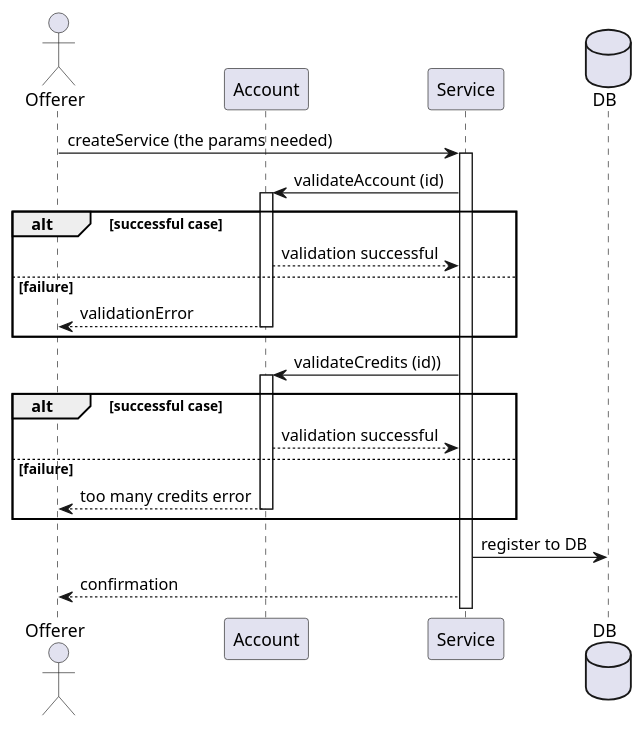
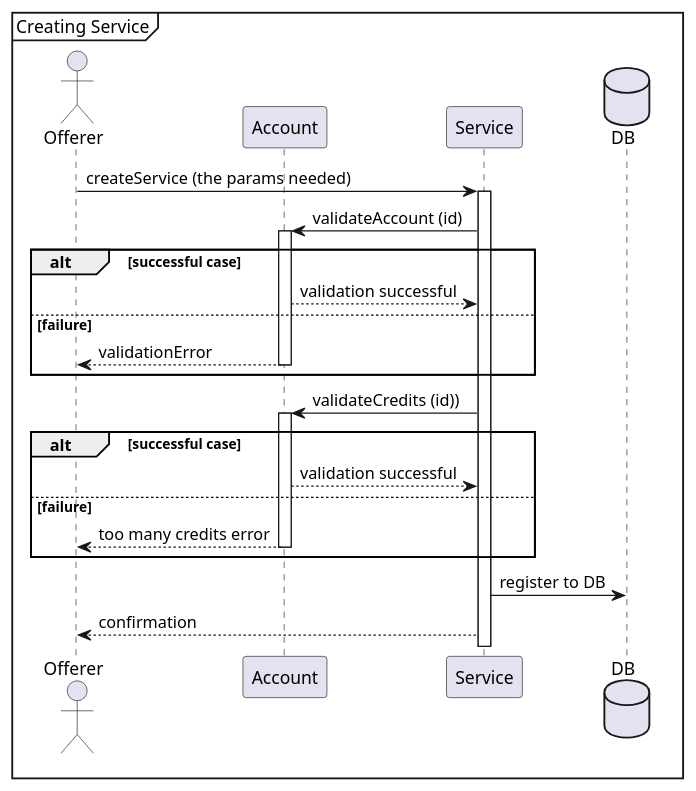
Before and after one commit to ZDenizYStenhaug/swe573-Project: the diagram in sequenceDiagramCreatingService.puml, drawn with PlantUML.

Commit message:
add mainframe

```diff
--- a/sequenceDiagramCreatingService.puml
+++ b/sequenceDiagramCreatingService.puml
@@ -1,40 +1,40 @@
 @startuml
 
-
+mainframe Creating Service
 actor Offerer
 participant Account
 participant Service
 database DB
 
 Offerer -> Service: createService (the params needed)
 
 
 activate Service
 
 Service -> Account: validateAccount (id)
 activate Account
 alt successful case
     Account --> Service: validation successful
 else failure
     Account --> Offerer: validationError
 deactivate Account
 end
 
 
 Service -> Account: validateCredits (id))
 activate Account
 alt successful case
     Account --> Service: validation successful
 else failure
     Account --> Offerer: too many credits error
 deactivate Account
 end
 
 Service -> DB: register to DB
 
 Service --> Offerer : confirmation
 
 
 
 
 @enduml
```
